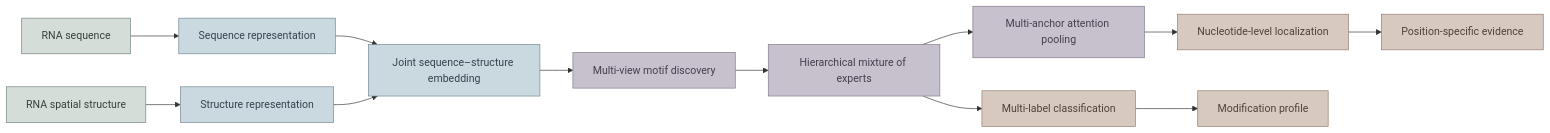
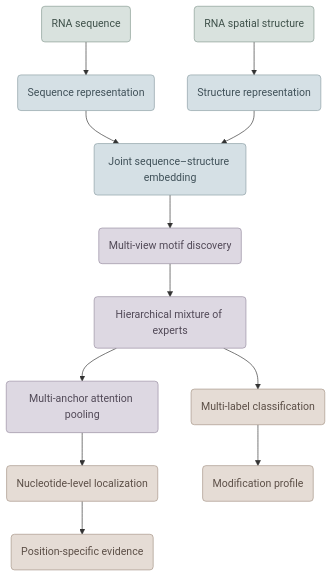
The first of 6 diagrams in README.md (CMB-BNU/mRModN_welcome_page), drawn with Mermaid before and after one commit. The commit also changed other lines of this file, not shown here.

````diff
--- a/README.md
+++ b/README.md
@@ -37,23 +37,23 @@
 ```mermaid
-flowchart LR
-    S[RNA sequence] --> SEQ[Sequence representation]
-    R[RNA spatial structure] --> STR[Structure representation]
-    SEQ --> EMB[Joint sequence–structure embedding]
+flowchart TB
+    S(RNA sequence) --> SEQ(Sequence representation)
+    R(RNA spatial structure) --> STR(Structure representation)
+    SEQ --> EMB(Joint sequence–structure embedding)
     STR --> EMB
-    EMB --> MOTIF[Multi-view motif discovery]
-    MOTIF --> EXPERT[Hierarchical mixture of experts]
-    EXPERT --> CLASS[Multi-label classification]
-    EXPERT --> ATT[Multi-anchor attention pooling]
-    ATT --> LOC[Nucleotide-level localization]
-    CLASS --> PROFILE[Modification profile]
-    LOC --> EVIDENCE[Position-specific evidence]
+    EMB --> MOTIF(Multi-view motif discovery)
+    MOTIF --> EXPERT(Hierarchical mixture of experts)
+    EXPERT --> CLASS(Multi-label classification)
+    EXPERT --> ATT(Multi-anchor attention pooling)
+    ATT --> LOC(Nucleotide-level localization)
+    CLASS --> PROFILE(Modification profile)
+    LOC --> EVIDENCE(Position-specific evidence)
 
-    classDef input fill:#D5DDD8,stroke:#718078,color:#35423C,stroke-width:1px
-    classDef representation fill:#CAD8E0,stroke:#718692,color:#35434C,stroke-width:1px
-    classDef core fill:#C7C1CE,stroke:#817789,color:#443F4B,stroke-width:1px
-    classDef output fill:#D8C9C0,stroke:#907B6D,color:#4E4139,stroke-width:1px
+    classDef input fill:#D9E2DE,stroke:#879A91,color:#3F514A,stroke-width:1px
+    classDef representation fill:#D5E0E5,stroke:#8B9DA4,color:#405159,stroke-width:1px
+    classDef core fill:#DDD8E2,stroke:#988DA1,color:#514957,stroke-width:1px
+    classDef output fill:#E5DCD5,stroke:#A69487,color:#5C4F47,stroke-width:1px
     class S,R input
     class SEQ,STR,EMB representation
     class MOTIF,EXPERT,ATT core
     class CLASS,LOC,PROFILE,EVIDENCE output
 ```
````
